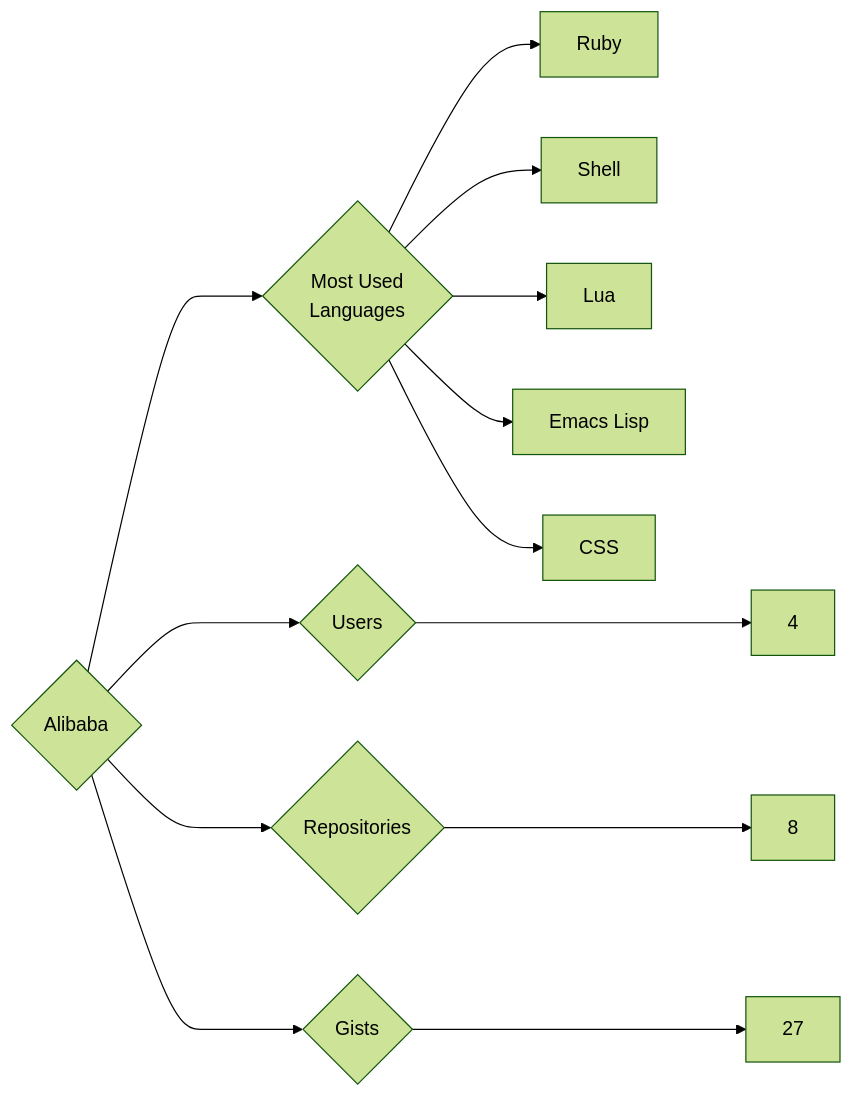
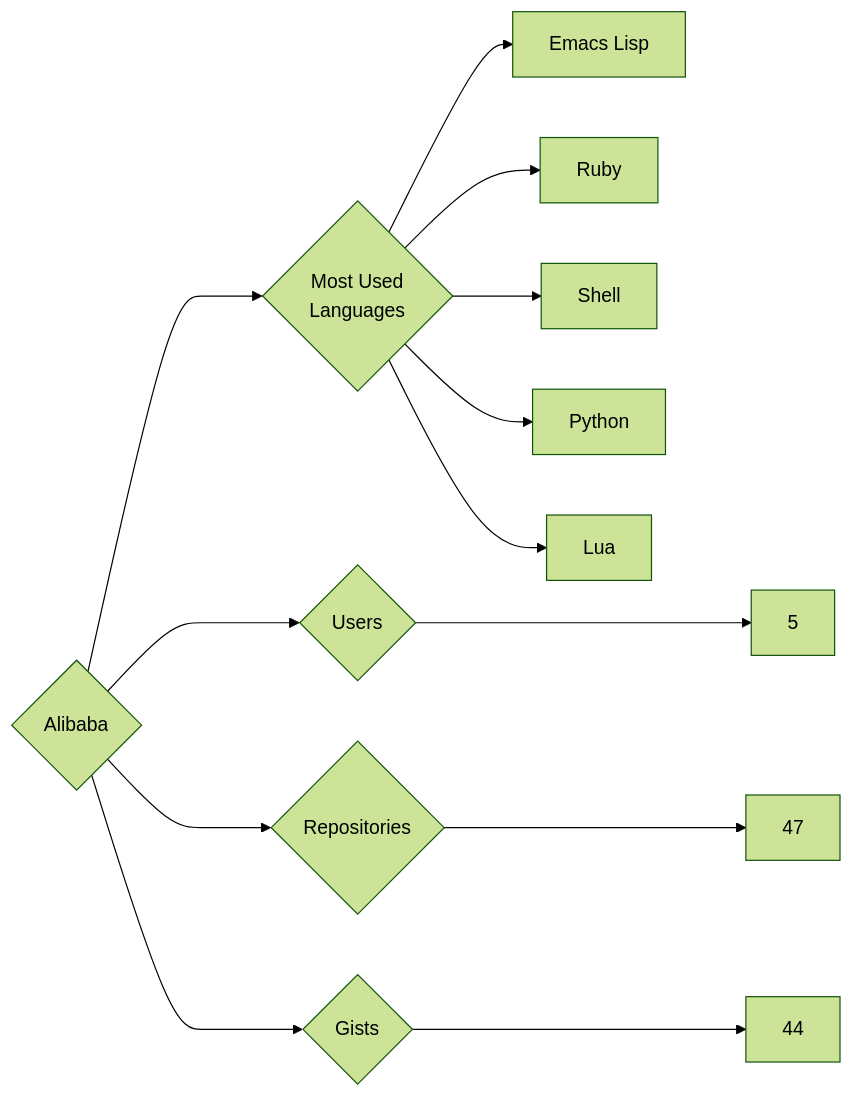
Before and after one commit to trickest/insiders: the diagram in targets/Alibaba/README.md, drawn with Mermaid (forest theme). The commit also changed 1023 other files, not shown here.

````diff
--- a/targets/Alibaba/README.md
+++ b/targets/Alibaba/README.md
@@ -3,13 +3,13 @@
 ```mermaid
 graph LR
 COMPANY_NAME{Alibaba}
-COMPANY_NAME ---> U{Users} ---> UN[4]
-COMPANY_NAME ---> R{Repositories} ---> RN[8]
-COMPANY_NAME ---> G{Gists} ---> GN[27]
+COMPANY_NAME ---> U{Users} ---> UN[5]
+COMPANY_NAME ---> R{Repositories} ---> RN[47]
+COMPANY_NAME ---> G{Gists} ---> GN[44]
 COMPANY_NAME ---> ML{Most Used<br>Languages}
+ML --> Emacs_Lisp[Emacs Lisp]
 ML --> Ruby[Ruby]
 ML --> Shell[Shell]
+ML --> Python[Python]
 ML --> Lua[Lua]
-ML --> Emacs_Lisp[Emacs Lisp]
-ML --> CSS[CSS]
 ```
````
